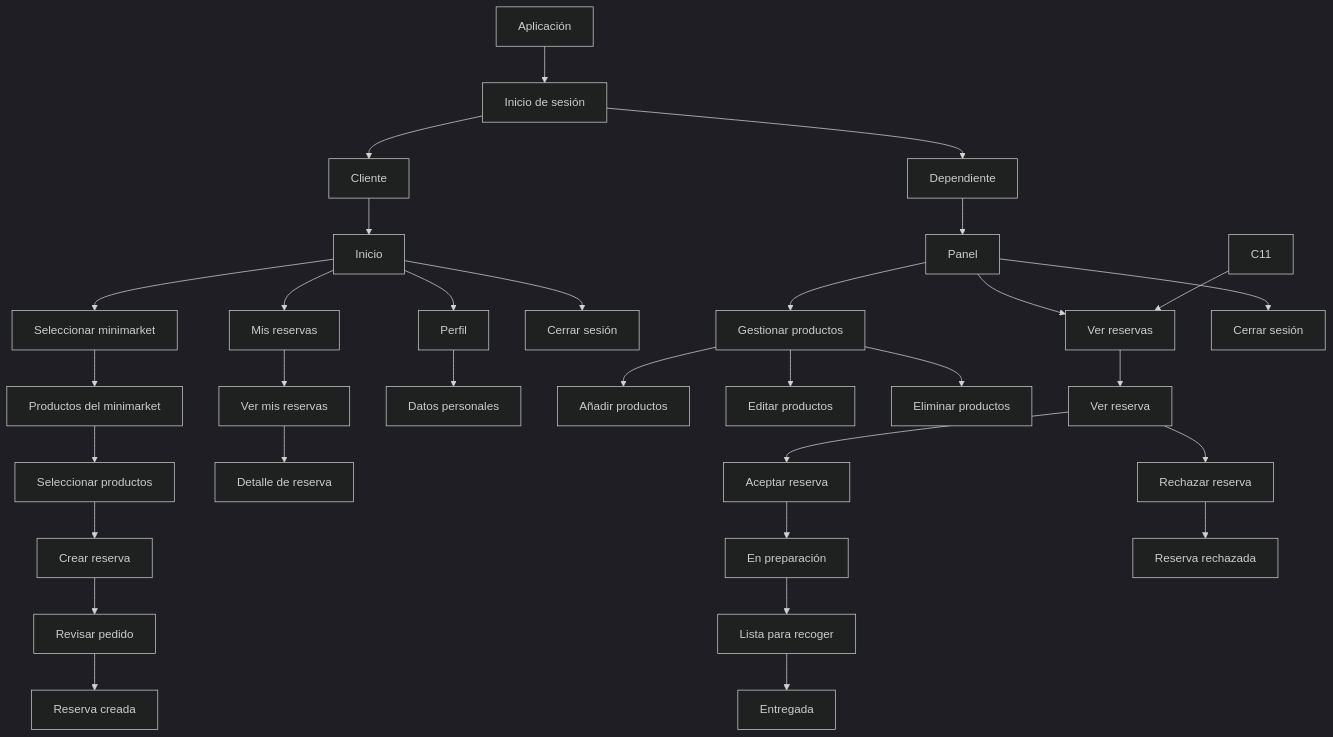
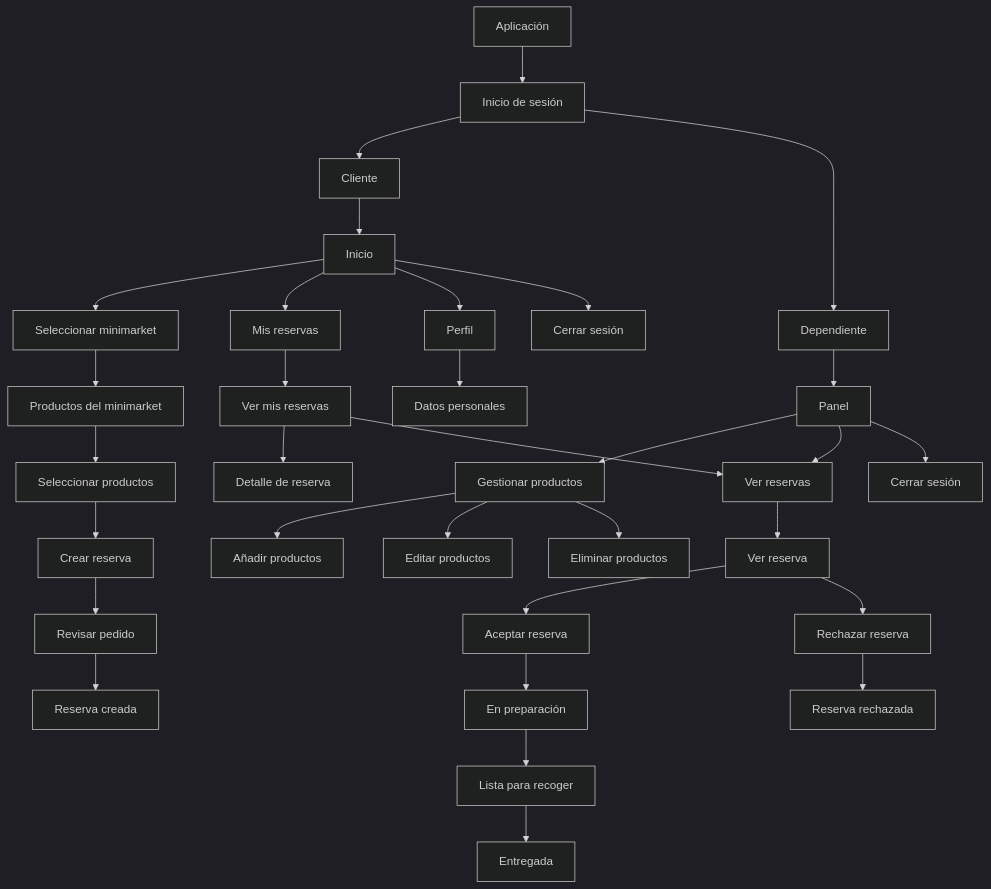
Before and after one commit to erick677710/SistemaDeReserva: the diagram in PERSONA/FLUJO3.md, drawn with Mermaid (dark theme).

Commit message:
Update flow diagram for customer options

````diff
--- a/PERSONA/FLUJO3.md
+++ b/PERSONA/FLUJO3.md
@@ -2,62 +2,61 @@
 ```mermaid
 flowchart TD
     A[Aplicación] --> B[Inicio de sesión]
 
     B --> C[Cliente]
     B --> D[Dependiente]
 
     %% =========================
     %% FLUJO DEL CLIENTE
     %% =========================
 
     C --> C1[Inicio]
     C1 --> C6[Seleccionar minimarket]
     C1 --> C3[Mis reservas]
     C1 --> C4[Perfil]
     C1 --> C5[Cerrar sesión]
 
     %% Crear reserva
     C6 --> C7[Productos del minimarket]
-
     C7 --> C8[Seleccionar productos]
     C8 --> C2[Crear reserva]
     C2 --> C9[Revisar pedido]
     C9 --> C10[Reserva creada]
 
     %% Otras opciones del cliente
-    C3 --> C12[Ver mis reservas]
-    C12 --> C13[Detalle de reserva]
+    C3 --> C11[Ver mis reservas]
+    C11 --> C12[Detalle de reserva]
 
-    C4 --> C14[Datos personales]
+    C4 --> C13[Datos personales]
 
     %% =========================
     %% FLUJO DEL DEPENDIENTE
     %% =========================
 
     D --> D1[Panel]
     D1 --> D2[Gestionar productos]
     D1 --> D3[Ver reservas]
     D1 --> D4[Cerrar sesión]
 
     %% Gestión de productos
     D2 --> D5[Añadir productos]
     D2 --> D6[Editar productos]
     D2 --> D7[Eliminar productos]
 
     %% Gestión de reservas
     D3 --> D8[Ver reserva]
     D8 --> D9[Aceptar reserva]
     D8 --> D10[Rechazar reserva]
 
     D9 --> D11[En preparación]
     D11 --> D12[Lista para recoger]
     D12 --> D13[Entregada]
 
     D10 --> D14[Reserva rechazada]
 
     %% =========================
     %% CONEXIÓN CLIENTE-DEPENDIENTE
     %% =========================
 
     C11 --> D3
 ```
````
